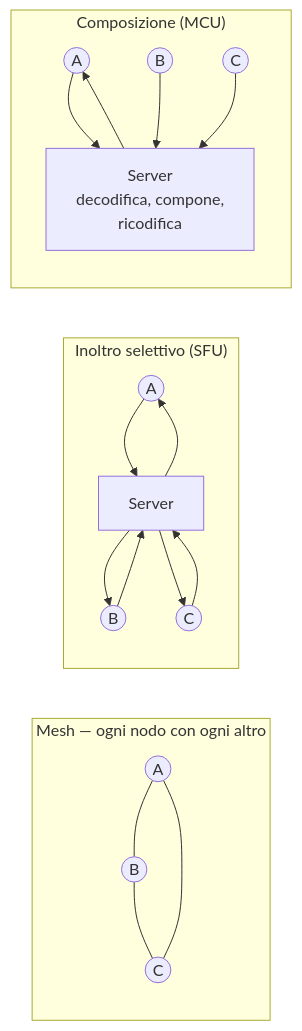
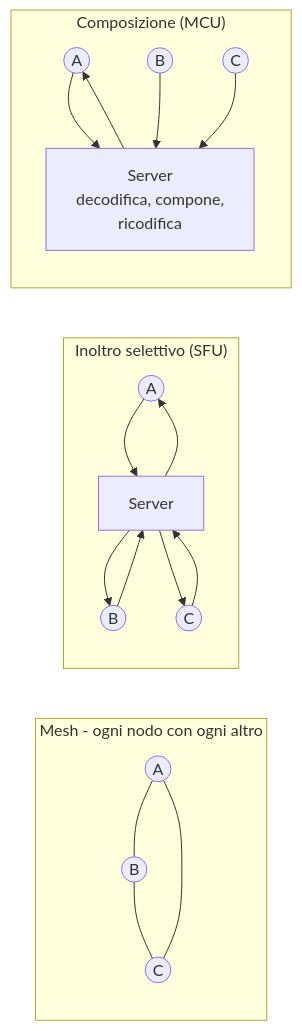
Before and after one commit to fedcal/Telemedic: the fifth of 5 diagrams in docs/10_fondamenti/08-webrtc-da-zero.md, drawn with Mermaid. The commit also changed other lines of this file and 301 other files, not shown here.

````diff
--- a/docs/10_fondamenti/08-webrtc-da-zero.md
+++ b/docs/10_fondamenti/08-webrtc-da-zero.md
@@ -1980,22 +1980,22 @@
 ```mermaid
 flowchart LR
-    subgraph M["Mesh — ogni nodo con ogni altro"]
+    subgraph M["Mesh - ogni nodo con ogni altro"]
         M1((A)) --- M2((B))
         M2 --- M3((C))
         M1 --- M3
     end
     subgraph S["Inoltro selettivo (SFU)"]
         S1((A)) --> SS[Server]
         S2((B)) --> SS
         S3((C)) --> SS
         SS --> S1
         SS --> S2
         SS --> S3
     end
     subgraph U["Composizione (MCU)"]
         U1((A)) --> UU[Server<br/>decodifica, compone,<br/>ricodifica]
         U2((B)) --> UU
         U3((C)) --> UU
         UU --> U1
     end
 ```
````
